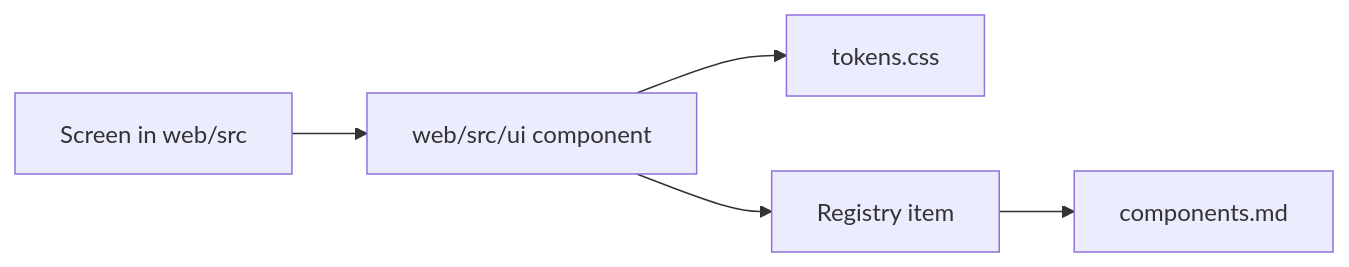
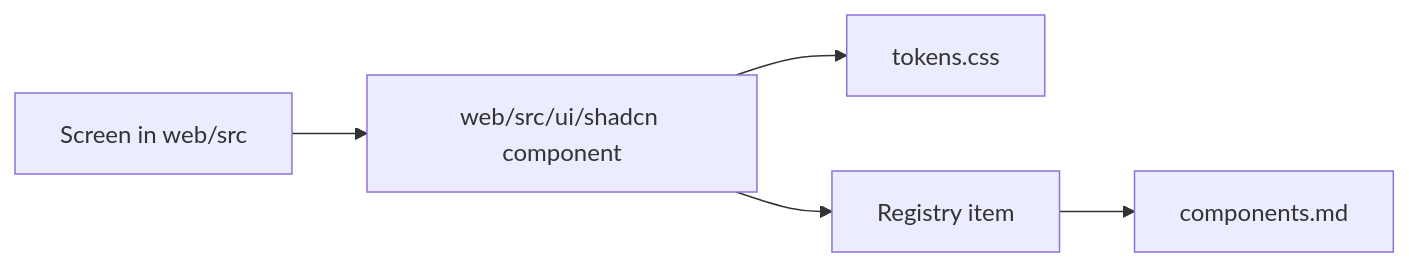
The second of 2 diagrams in docs/design-docs/design-system.md (syudead/vv), drawn with Mermaid before and after one commit. The commit also changed other lines of this file and 115 other files, not shown here.

First line of the commit message:
既存の画面を変えず、新しい部品を web/src/ui/shadcn に置く

````diff
--- a/docs/design-docs/design-system.md
+++ b/docs/design-docs/design-system.md
@@ -194,7 +195,7 @@
 ```mermaid
 flowchart LR
-  screen[Screen in web/src] --> comp[web/src/ui component]
+  screen[Screen in web/src] --> comp[web/src/ui/shadcn component]
   comp --> tokens[tokens.css]
   comp --> item[Registry item]
   item --> rules[components.md]
 ```
````
